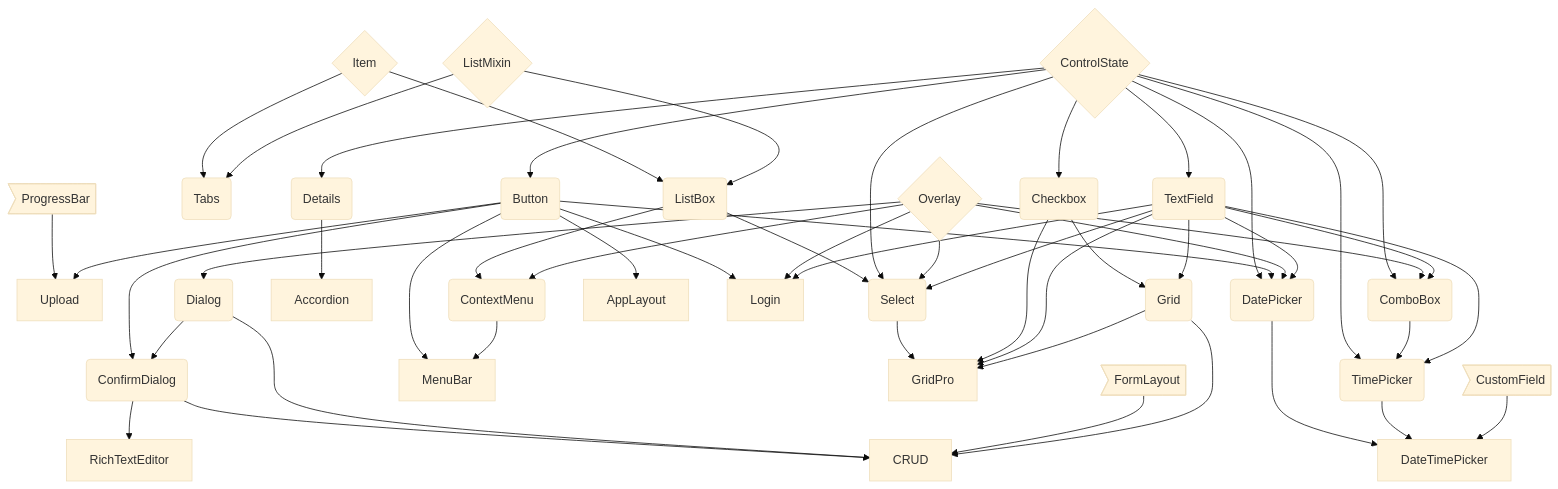
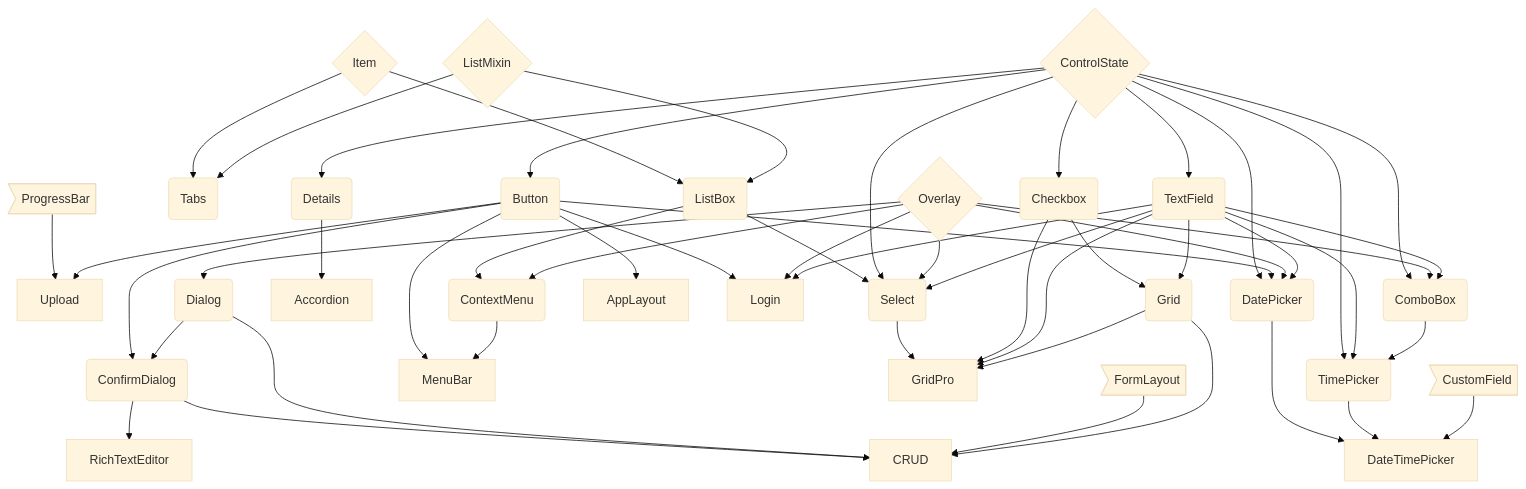
The diagram in COMPONENTS.md (web-padawan/components-flowchart), drawn with Mermaid (base theme) before and after one commit.

Commit message:
Minor cleanup, rearrange time-picker

````diff
--- a/COMPONENTS.md
+++ b/COMPONENTS.md
@@ -1,82 +1,80 @@
 ```mermaid
 graph TB
 
 PB>ProgressBar]
 PB --> U[Upload]
 
 LM{ListMixin}
 I{Item}
 
 I --> TB(Tabs)
 I --> LB(ListBox)
 LM --> TB
 LM --> LB
 LB --> CM(ContextMenu)
 LB --> S(Select)
 
 CSM{ControlState}
 
 CSM --> DT(Details)
 DT --> A[Accordion]
 
 CSM --> B(Button)
 CSM --> C(Checkbox)
 CSM --> T(TextField)
 CSM --> CB(ComboBox)
 CSM --> DP(DatePicker)
 CSM --> TP(TimePicker)
 CSM --> S
 
 B --> U[Upload]
 B --> CD(ConfirmDialog)
+B --> MB[MenuBar]
 B --> AL[AppLayout]
 B --> LG[Login]
-B --> MB[MenuBar]
 B --> DP
 
 O{Overlay}
 O --> D(Dialog)
 O --> LG
 O --> DP
 O --> CM
 O --> CB
 O --> S
 
-CB --> TP
-
 CM --> MB
 
 D --> CD
 
 T --> LG
+T --> S
 T --> DP
+T --> TP
 T --> CB
-T --> S
-T --> TP
+
+CB --> TP
 
 DP --> DTP[DateTimePicker]
 TP --> DTP
 
 CD --> RTE[RichTextEditor]
 
-S --> GP
+S --> GP[GridPro]
 C --> GP
-T --> GP[GridPro]
+T --> GP
 
 CF>CustomField]
 CF --> DTP
 
 C --> G(Grid)
 T --> G
-
 
 CD --> CR[CRUD]
 D --> CR
 G --> GP
 
 FL>FormLayout]
 FL --> CR
 
 G --> CR
-
 ```
````
